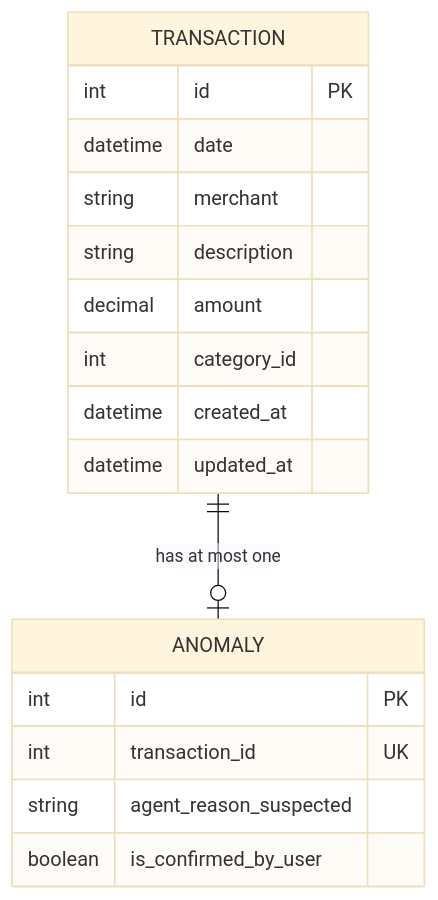
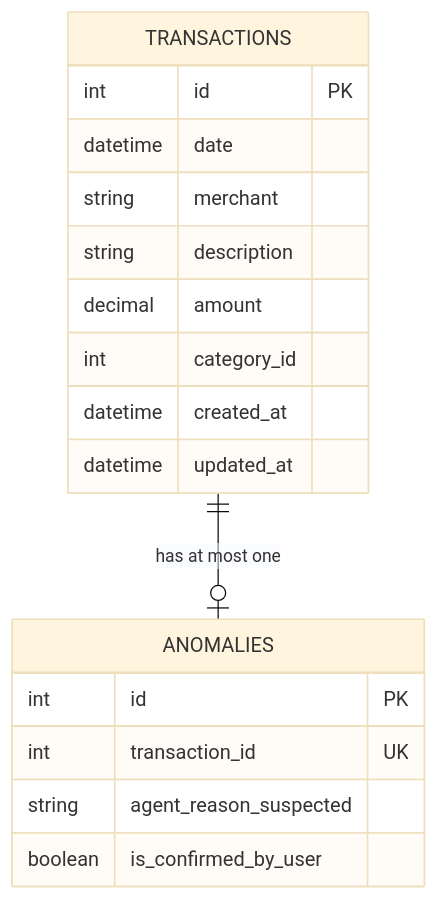
The second of 3 diagrams in aiden/database.md (David-S-22/ASD-Spring-2026), drawn with Mermaid (base theme) before and after one commit. The commit also changed other lines of this file, not shown here.

````diff
--- a/aiden/database.md
+++ b/aiden/database.md
@@ -22,22 +30,22 @@
 ```mermaid
 erDiagram
-    TRANSACTION ||--o| ANOMALY : "has at most one"
+    TRANSACTIONS ||--o| ANOMALIES : "has at most one"
 
-    TRANSACTION {
+    TRANSACTIONS {
         int id PK
         datetime date
         string merchant
         string description
         decimal amount
         int category_id
         datetime created_at
         datetime updated_at
     }
 
-    ANOMALY {
+    ANOMALIES {
         int id PK
         int transaction_id UK
         string agent_reason_suspected
         boolean is_confirmed_by_user
     }
 ```
````
